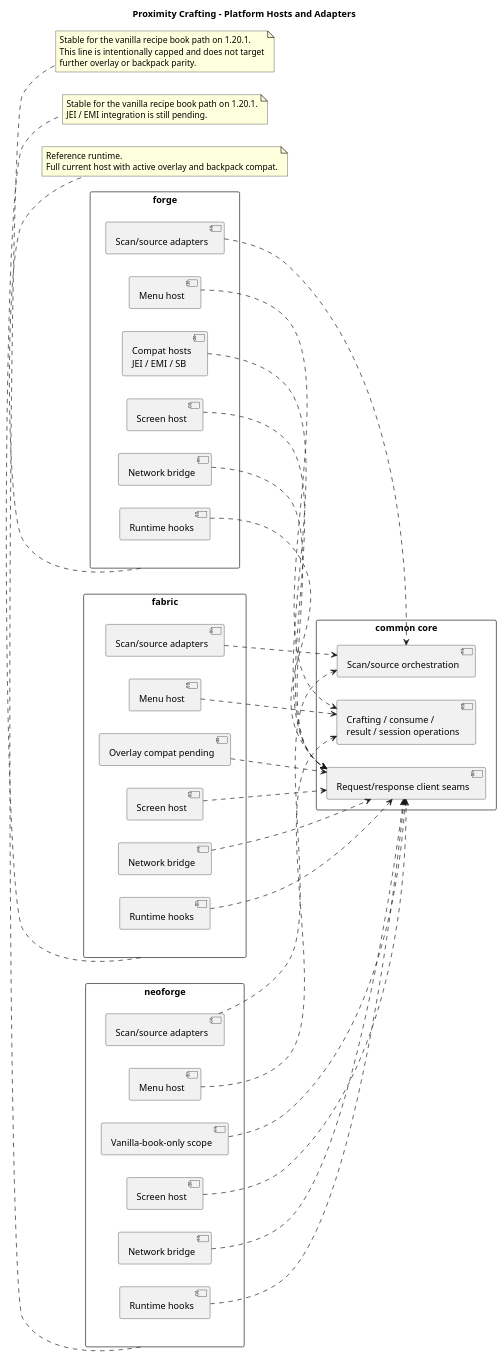
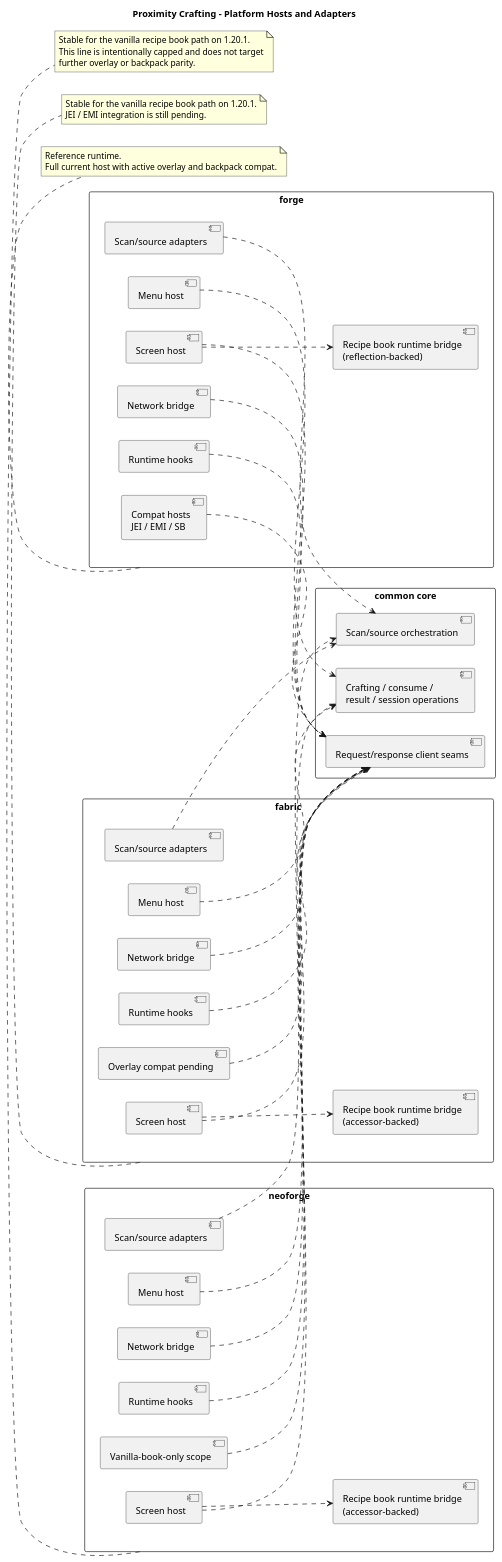
Before and after one commit to Maeiro/Nearby-Crafting: the diagram in docs/architecture/04-platform-hosts-and-adapters.puml, drawn with PlantUML. The commit also changed 18 other files, not shown here.

Commit message:
refactor(ui): isolate recipe book runtime seams

```diff
--- a/docs/architecture/04-platform-hosts-and-adapters.puml
+++ b/docs/architecture/04-platform-hosts-and-adapters.puml
@@ -1,76 +1,82 @@
 @startuml
 title Proximity Crafting - Platform Hosts and Adapters
 left to right direction
 skinparam shadowing false
 skinparam packageStyle rectangle
 
 package "common core" as CommonCore {
   component "Crafting / consume /\nresult / session operations" as CommonRuntime
   component "Request/response client seams" as CommonClientSeams
   component "Scan/source orchestration" as CommonScan
 }
 
 package "forge" as ForgeHost {
   component "Menu host" as ForgeMenu
   component "Screen host" as ForgeScreen
+  component "Recipe book runtime bridge\n(reflection-backed)" as ForgeRecipeBookBridge
   component "Network bridge" as ForgeNetwork
   component "Runtime hooks" as ForgeRuntimeHooks
   component "Scan/source adapters" as ForgeScanAdapters
   component "Compat hosts\nJEI / EMI / SB" as ForgeCompatHosts
 }
 
 package "fabric" as FabricHost {
   component "Menu host" as FabricMenu
   component "Screen host" as FabricScreen
+  component "Recipe book runtime bridge\n(accessor-backed)" as FabricRecipeBookBridge
   component "Network bridge" as FabricNetwork
   component "Runtime hooks" as FabricRuntimeHooks
   component "Scan/source adapters" as FabricScanAdapters
   component "Overlay compat pending" as FabricCompatPending
 }
 
 package "neoforge" as NeoForgeHost {
   component "Menu host" as NeoForgeMenu
   component "Screen host" as NeoForgeScreen
+  component "Recipe book runtime bridge\n(accessor-backed)" as NeoForgeRecipeBookBridge
   component "Network bridge" as NeoForgeNetwork
   component "Runtime hooks" as NeoForgeRuntimeHooks
   component "Scan/source adapters" as NeoForgeScanAdapters
   component "Vanilla-book-only scope" as NeoForgeVanillaOnly
 }
 
 ForgeMenu ..> CommonRuntime
 ForgeScreen ..> CommonClientSeams
+ForgeScreen ..> ForgeRecipeBookBridge
 ForgeNetwork ..> CommonClientSeams
 ForgeRuntimeHooks ..> CommonClientSeams
 ForgeScanAdapters ..> CommonScan
 ForgeCompatHosts ..> CommonClientSeams
 
 FabricMenu ..> CommonRuntime
 FabricScreen ..> CommonClientSeams
+FabricScreen ..> FabricRecipeBookBridge
 FabricNetwork ..> CommonClientSeams
 FabricRuntimeHooks ..> CommonClientSeams
 FabricScanAdapters ..> CommonScan
 FabricCompatPending ..> CommonClientSeams
 
 NeoForgeMenu ..> CommonRuntime
 NeoForgeScreen ..> CommonClientSeams
+NeoForgeScreen ..> NeoForgeRecipeBookBridge
 NeoForgeNetwork ..> CommonClientSeams
 NeoForgeRuntimeHooks ..> CommonClientSeams
 NeoForgeScanAdapters ..> CommonScan
 NeoForgeVanillaOnly ..> CommonClientSeams
 
 note bottom of ForgeHost
 Reference runtime.
 Full current host with active overlay and backpack compat.
 end note
 
 note bottom of FabricHost
 Stable for the vanilla recipe book path on 1.20.1.
 JEI / EMI integration is still pending.
 end note
 
 note bottom of NeoForgeHost
 Stable for the vanilla recipe book path on 1.20.1.
 This line is intentionally capped and does not target
 further overlay or backpack parity.
 end note
 @enduml
```
